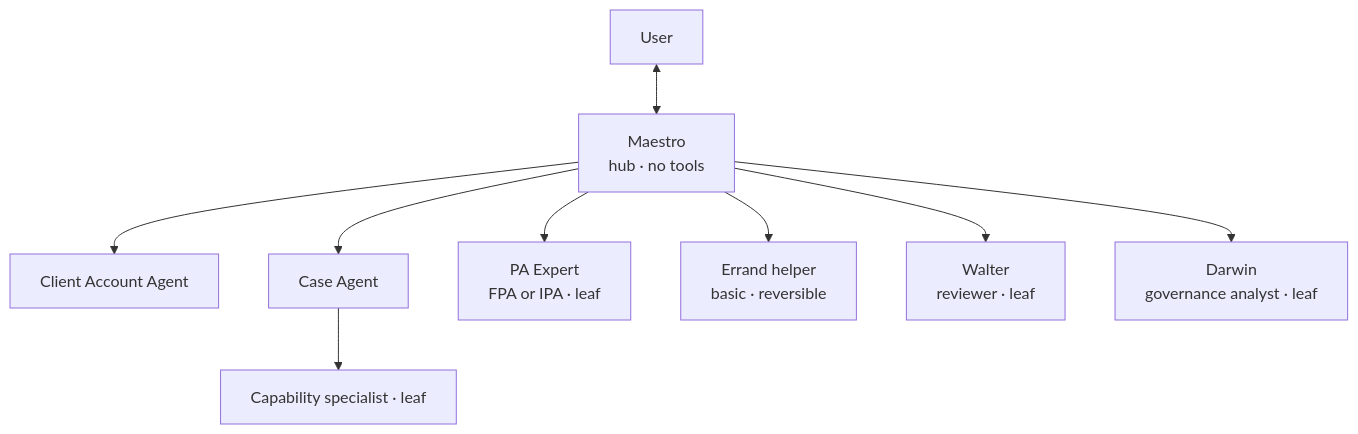
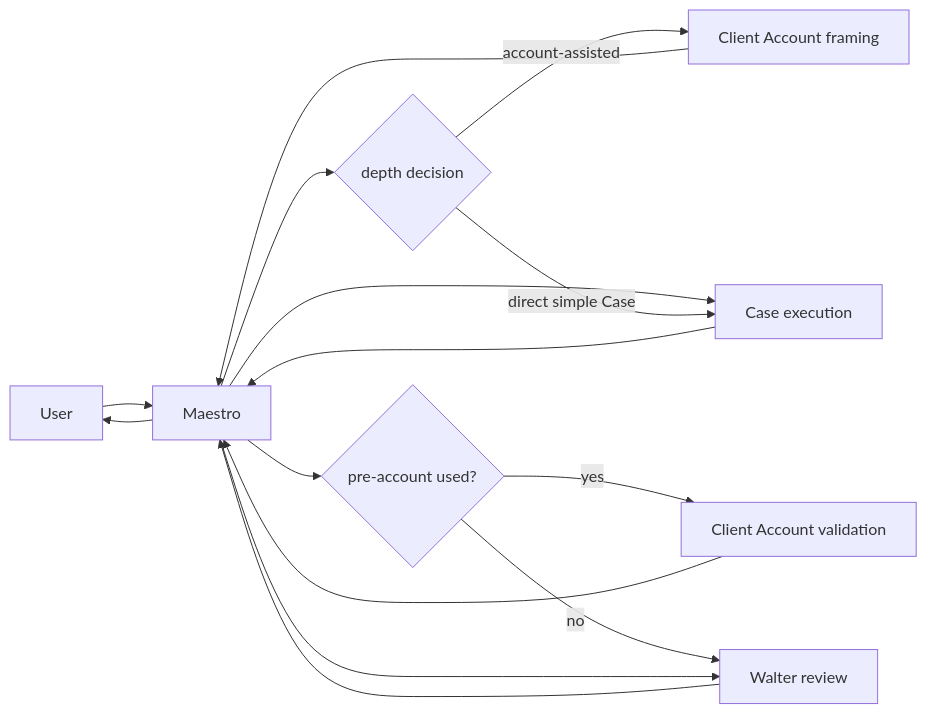
One commit to agentic-os-brasil/bcg-brasil-agentic-os changed the diagram in specs/018-maestro-core-agents.md. Above: the diagram before and after it, drawn with Mermaid. The commit also changed other lines of this file and 59 other files, not shown here.

````diff
--- a/specs/018-maestro-core-agents.md
+++ b/specs/018-maestro-core-agents.md
@@ -16,11 +25,17 @@
 ```mermaid
-flowchart TB
-    User["User"] <--> Maestro["Maestro<br/>hub · no tools"]
-    Maestro --> Account["Client Account Agent"]
-    Maestro --> Case["Case Agent"]
-    Maestro --> PAExpert["PA Expert<br/>FPA or IPA · leaf"]
-    Maestro --> Errand["Errand helper<br/>basic · reversible"]
-    Maestro --> Walter["Walter<br/>reviewer · leaf"]
-    Maestro --> Darwin["Darwin<br/>governance analyst · leaf"]
-    Case --> CapabilityW["Capability specialist · leaf"]
+flowchart LR
+  User --> Maestro
+  Maestro --> D{depth decision}
+  D -->|account-assisted| Account[Client Account framing]
+  Account --> Maestro
+  Maestro --> Case[Case execution]
+  D -->|direct simple Case| Case
+  Case --> Maestro
+  Maestro --> V{pre-account used?}
+  V -->|yes| Validate[Client Account validation]
+  V -->|no| Walter[Walter review]
+  Validate --> Maestro
+  Maestro --> Walter
+  Walter --> Maestro
+  Maestro --> User
 ```
````
